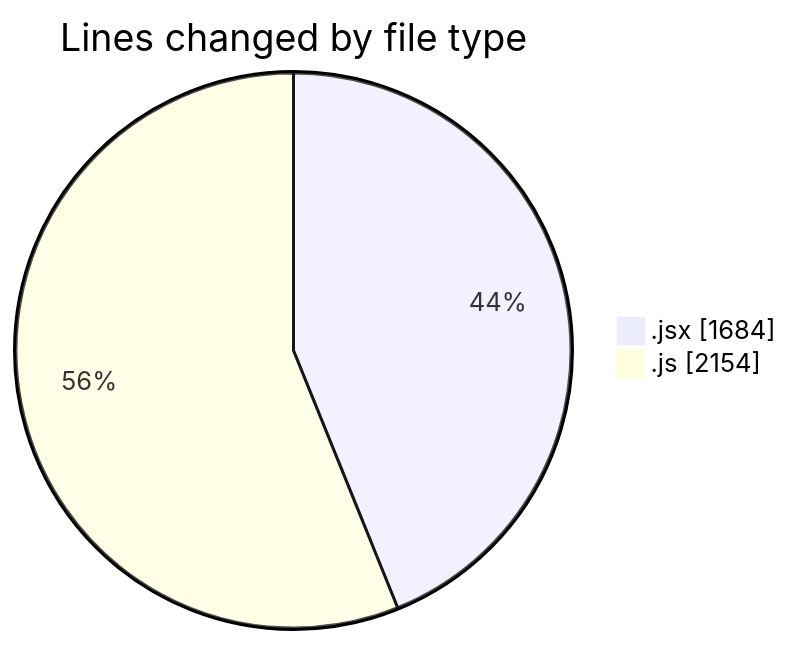
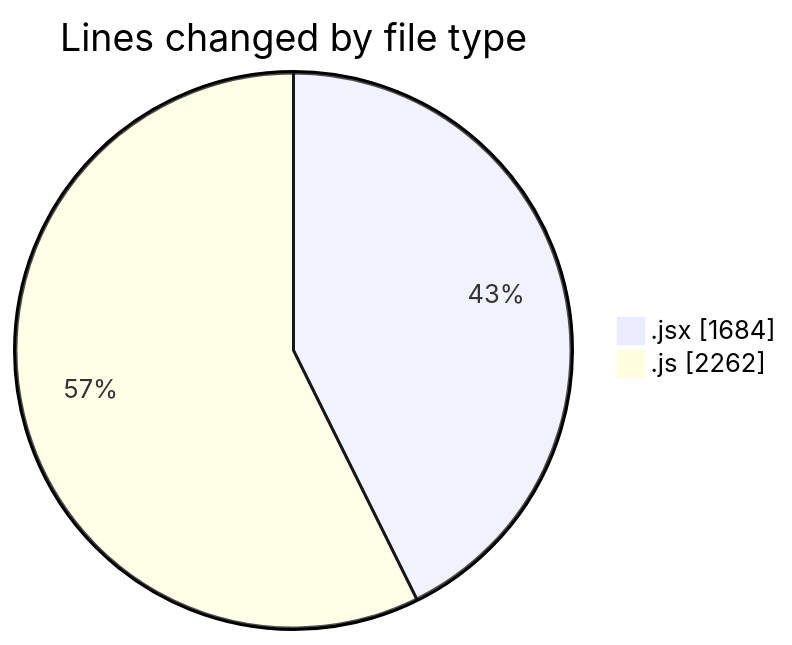
One commit to nxtqubesakshisongat/code-tracking changed the first of 2 diagrams in 2025-09-23/nxtqube_webapp/README.md. Above: the diagram before and after it, drawn with Mermaid. The commit also changed other lines of this file and 1 other file, not shown here.

````diff
--- a/2025-09-23/nxtqube_webapp/README.md
+++ b/2025-09-23/nxtqube_webapp/README.md
@@ -22,6 +22,6 @@
 ```mermaid
 pie showData
 title Lines changed by file type
 ".jsx" : 1684
-".js" : 2154
+".js" : 2262
 ```
````
